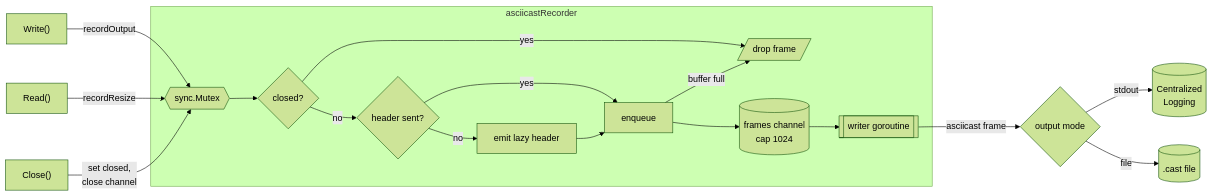
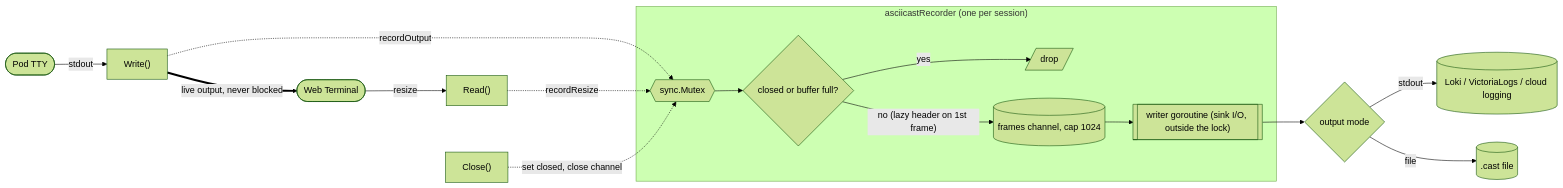
Before and after one commit to n888/argo-cd: the diagram in docs/proposals/terminal-session-recording.md, drawn with Mermaid (forest theme). The commit also changed other lines of this file and 1 other file, not shown here.

Commit message:
update terminal session recording docs

````diff
--- a/docs/proposals/terminal-session-recording.md
+++ b/docs/proposals/terminal-session-recording.md
@@ -55,23 +43,21 @@
 ```mermaid
 flowchart LR
-    Write["Write()"] -->|recordOutput| Mutex
-    Read["Read()"] -->|recordResize| Mutex
-    Close["Close()"] -->|set closed,<br/>close channel| Mutex
+    Pod([Pod TTY]) -->|stdout| Write["Write()"]
+    UI([Web Terminal]) -->|resize| Read["Read()"]
+    Write ==>|"live output, never blocked"| UI
 
-    subgraph Rec[asciicastRecorder]
-        Mutex{{sync.Mutex}}
-        Mutex --> Closed{closed?}
-        Closed -->|yes| Drop[/drop frame/]
-        Closed -->|no| Header{header sent?}
-        Header -->|no| Emit[emit lazy header]
-        Header -->|yes| Enqueue[enqueue]
-        Emit --> Enqueue
-        Enqueue -->|buffer full| Drop
-        Enqueue --> Ch[("frames channel<br/>cap 1024")]
-        Ch --> Writer[[writer goroutine]]
+    Write -.->|recordOutput| Mu
+    Read -.->|recordResize| Mu
+    Close["Close()"] -.->|"set closed, close channel"| Mu
+
+    subgraph Rec["asciicastRecorder (one per session)"]
+        Mu{{sync.Mutex}} --> Chk{closed or buffer full?}
+        Chk -->|yes| Drop[/drop/]
+        Chk -->|"no (lazy header on 1st frame)"| Ch[("frames channel, cap 1024")]
+        Ch --> W[["writer goroutine (sink I/O, outside the lock)"]]
     end
 
-    Writer -->|asciicast frame| Mode{output mode}
-    Mode -->|stdout| Log[("Centralized<br/>Logging")]
+    W --> Mode{output mode}
+    Mode -->|stdout| Log[("Loki / VictoriaLogs / cloud logging")]
     Mode -->|file| Cast[(".cast file")]
 ```
````
